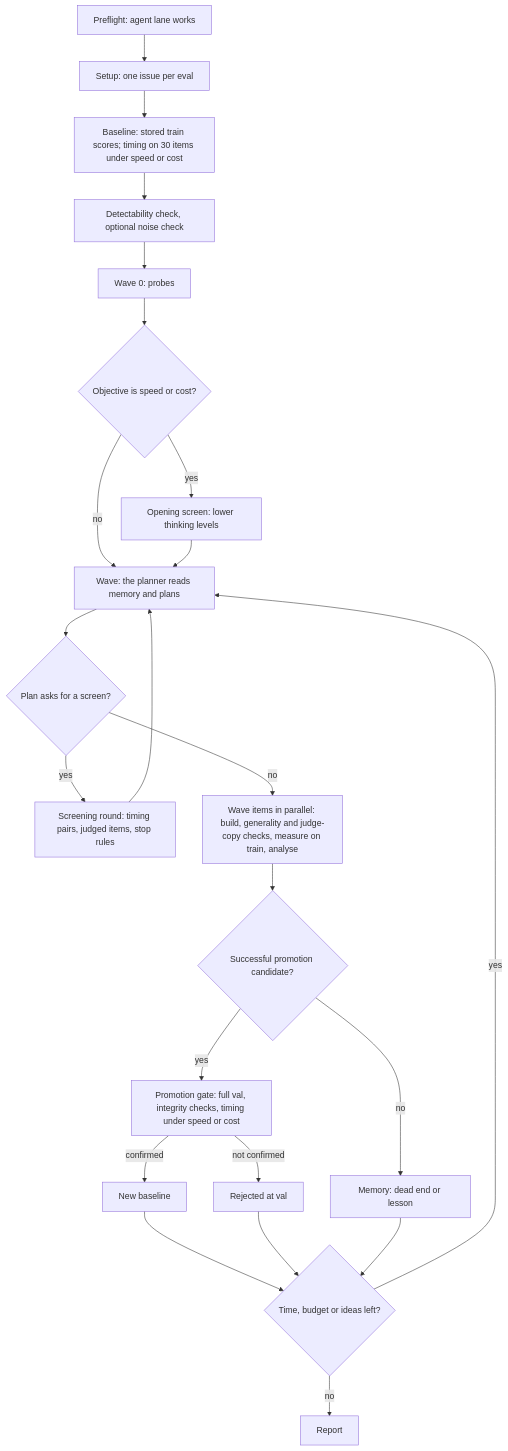
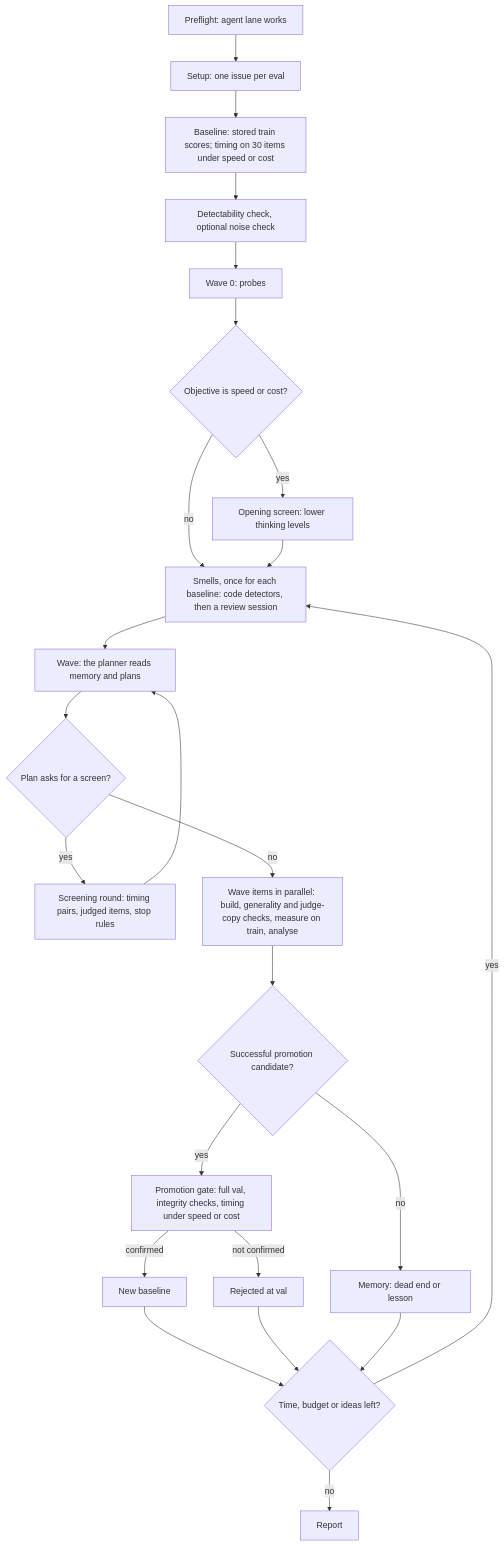
One commit to Kiln-AI/harness-tuner changed the diagram in docs/how-it-works.md. Above: the diagram before and after it, drawn with Mermaid. The commit also changed other lines of this file and 14 other files, not shown here.

````diff
--- a/docs/how-it-works.md
+++ b/docs/how-it-works.md
@@ -69,25 +69,26 @@
 ```mermaid
 flowchart TD
     A[Preflight: agent lane works] --> B[Setup: one issue per eval]
     B --> C[Baseline: stored train scores; timing on 30 items under speed or cost]
     C --> D[Detectability check, optional noise check]
     D --> E[Wave 0: probes]
     E --> F{"Objective is speed or cost?"}
     F -- yes --> G[Opening screen: lower thinking levels]
-    F -- no --> H
-    G --> H[Wave: the planner reads memory and plans]
+    F -- no --> S
+    G --> S["Smells, once for each baseline: code detectors, then a review session"]
+    S --> H[Wave: the planner reads memory and plans]
     H --> I{"Plan asks for a screen?"}
     I -- yes --> J["Screening round: timing pairs, judged items, stop rules"]
     J --> H
     I -- no --> K["Wave items in parallel: build, generality and judge-copy checks, measure on train, analyse"]
     K --> L{"Successful promotion candidate?"}
     L -- yes --> M["Promotion gate: full val, integrity checks, timing under speed or cost"]
     M -- confirmed --> N[New baseline]
     M -- not confirmed --> O[Rejected at val]
     L -- no --> P[Memory: dead end or lesson]
     N --> Q{"Time, budget or ideas left?"}
     O --> Q
     P --> Q
-    Q -- yes --> H
+    Q -- yes --> S
     Q -- no --> R[Report]
 ```
````
